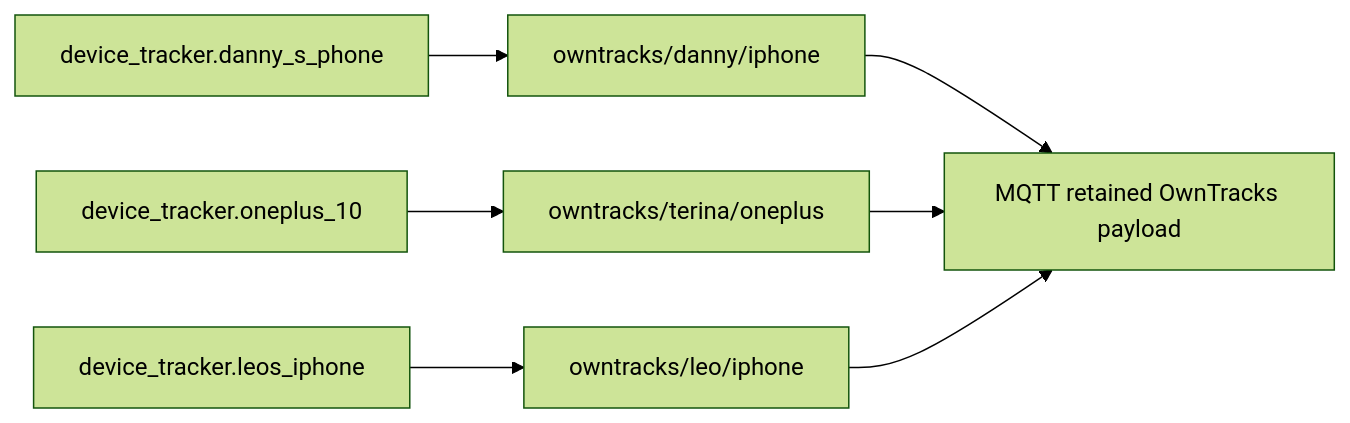
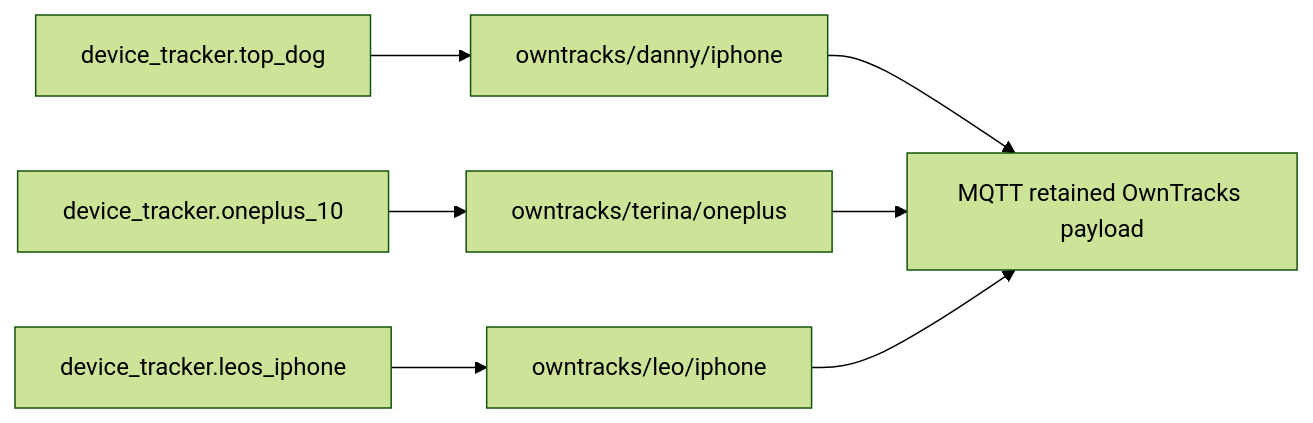
One commit to dannytsang/homeassistant-config changed the diagram in packages/integrations/owntracks_README.md. Above: the diagram before and after it, drawn with Mermaid (forest theme). The commit also changed other lines of this file and 1 other file, not shown here.

Commit message:
Updated phone device entity.

````diff
--- a/packages/integrations/owntracks_README.md
+++ b/packages/integrations/owntracks_README.md
@@ -26,9 +26,9 @@
 ```mermaid
 flowchart LR
-    Danny[device_tracker.danny_s_phone] --> DannyTopic[owntracks/danny/iphone]
+    Danny[device_tracker.top_dog] --> DannyTopic[owntracks/danny/iphone]
     Terina[device_tracker.oneplus_10] --> TerinaTopic[owntracks/terina/oneplus]
     Leo[device_tracker.leos_iphone] --> LeoTopic[owntracks/leo/iphone]
     DannyTopic --> MQTT[MQTT retained OwnTracks payload]
     TerinaTopic --> MQTT
     LeoTopic --> MQTT
 ```
````
